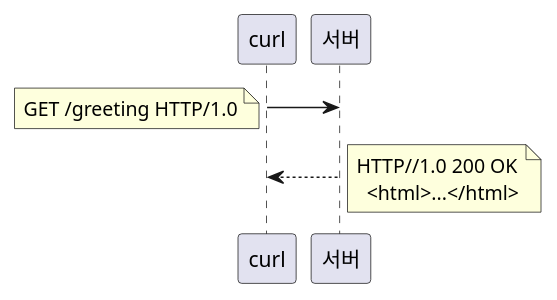
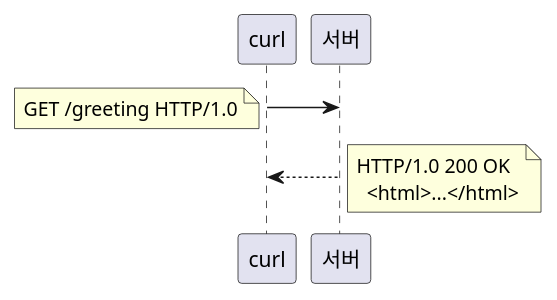
Before and after one commit to meansoup/meansoup.github.io: the diagram in docs/12.internet/http/http1.0.puml, drawn with PlantUML. The commit also changed 2 other files, not shown here.

Commit message:
docs: http 1.0 업데이트

```diff
--- a/docs/12.internet/http/http1.0.puml
+++ b/docs/12.internet/http/http1.0.puml
@@ -1,10 +1,10 @@
 @startuml
 
 curl -> 서버
 note left: GET /greeting HTTP/1.0
 curl<-- 서버
 note right
-HTTP//1.0 200 OK
+HTTP/1.0 200 OK
   <html>...</html>
 end note
 @enduml
```
